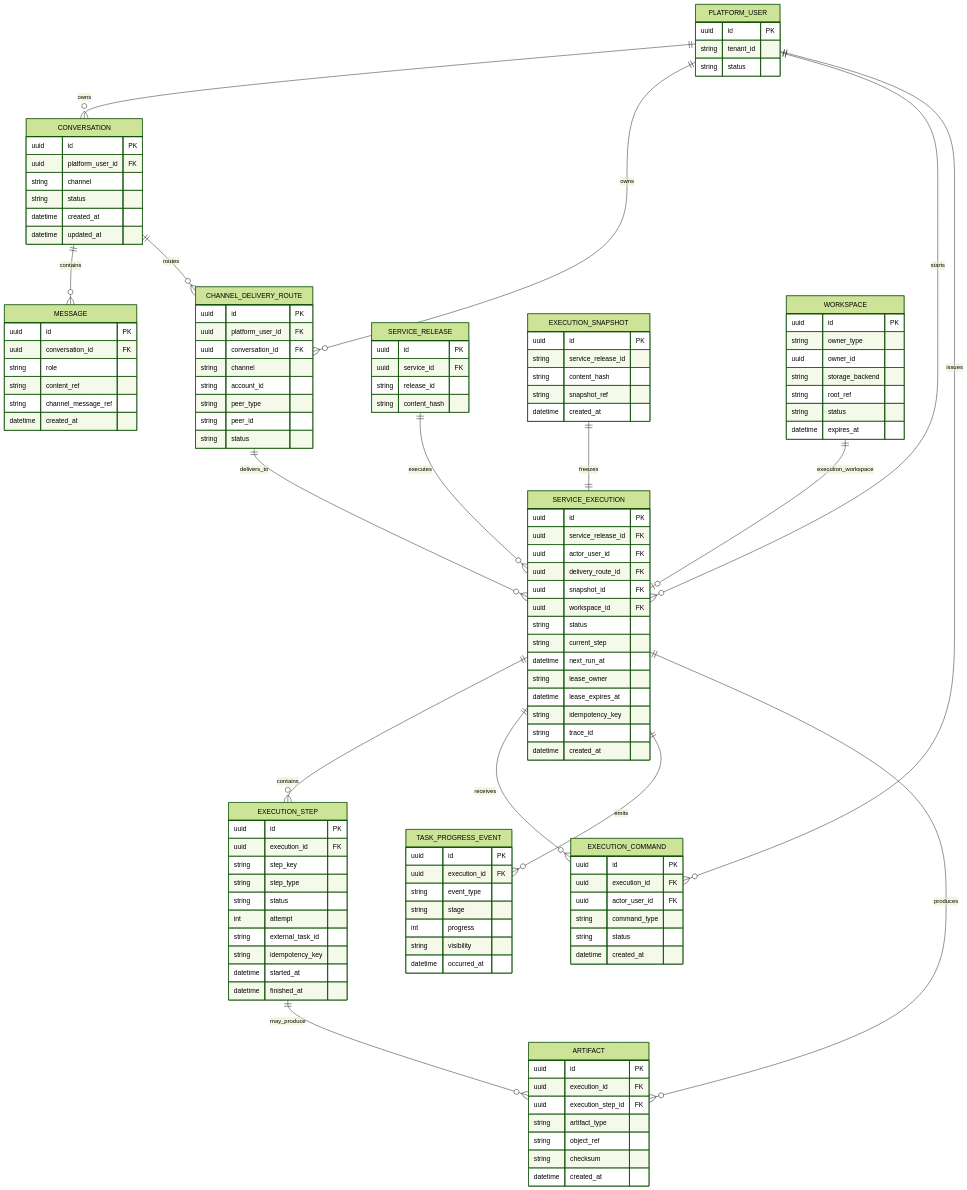
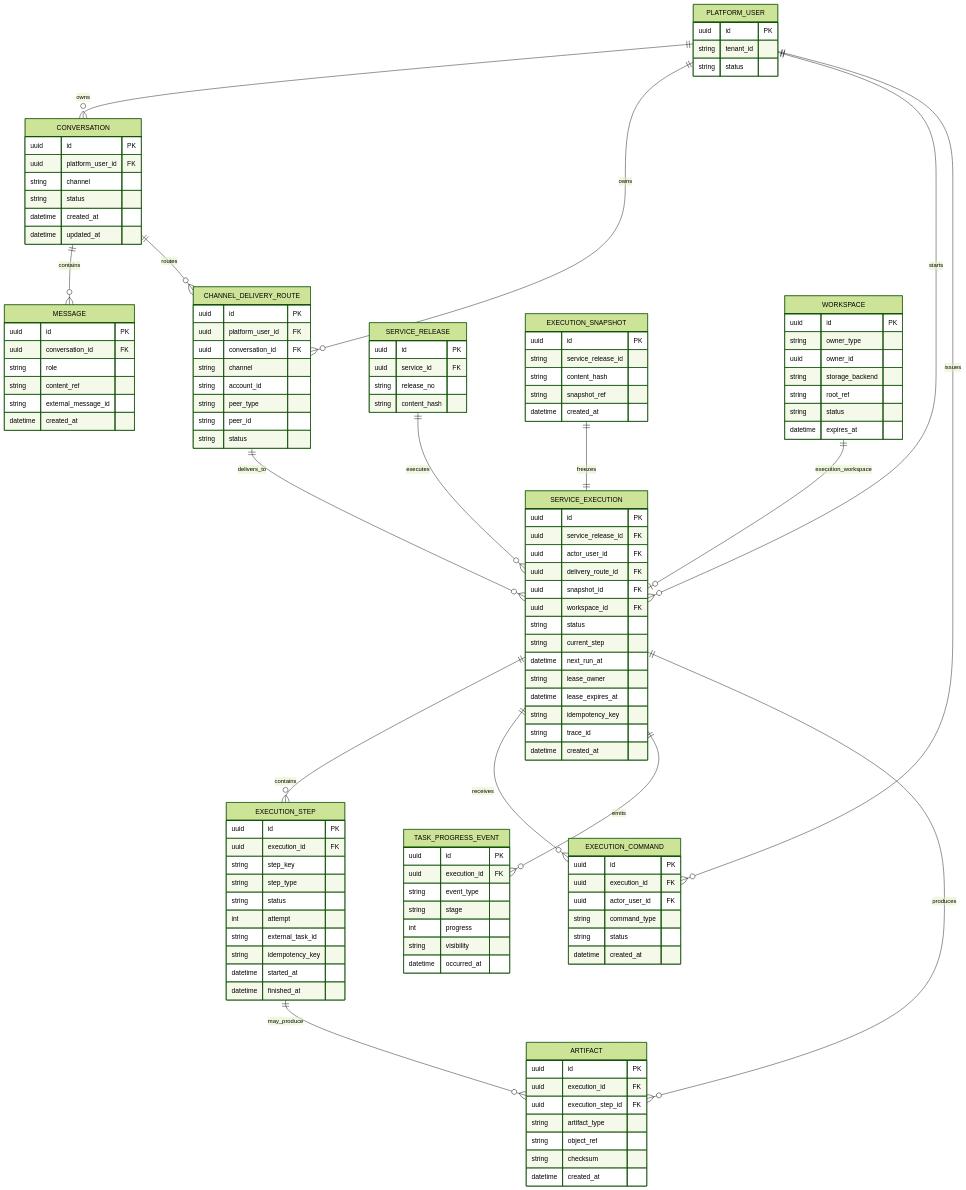
The seventh of 12 diagrams in docs/00-总体设计/01-通用智能服务执行框架-V1.8-完整总体设计说明书.md (Michaelxwb/fluxion-harness), drawn with Mermaid (forest theme) before and after one commit. The commit also changed other lines of this file and 80 other files, not shown here.

```diff
--- a/docs/00-总体设计/01-通用智能服务执行框架-V1.8-完整总体设计说明书.md
+++ b/docs/00-总体设计/01-通用智能服务执行框架-V1.8-完整总体设计说明书.md
@@ -2137,7 +2137,7 @@
         uuid conversation_id FK
         string role
         string content_ref
-        string channel_message_ref
+        string external_message_id
         datetime created_at
     }
 
@@ -2155,7 +2155,7 @@
     SERVICE_RELEASE {
         uuid id PK
         uuid service_id FK
-        string release_id
+        string release_no
         string content_hash
     }
 
```
